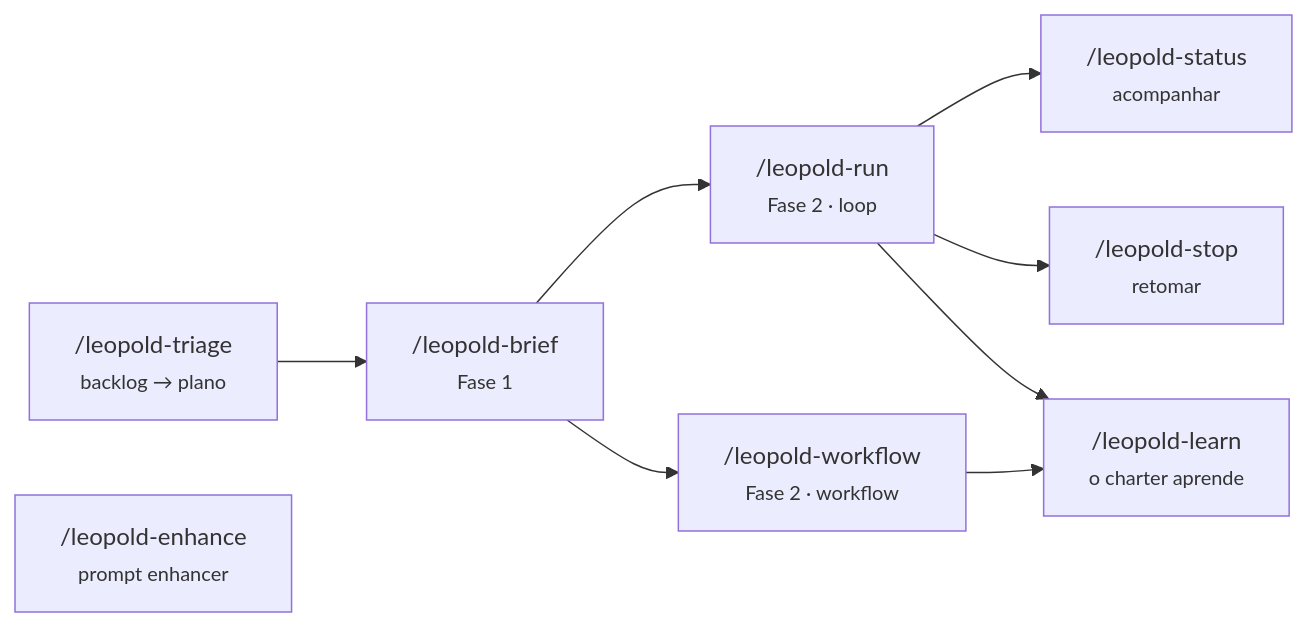
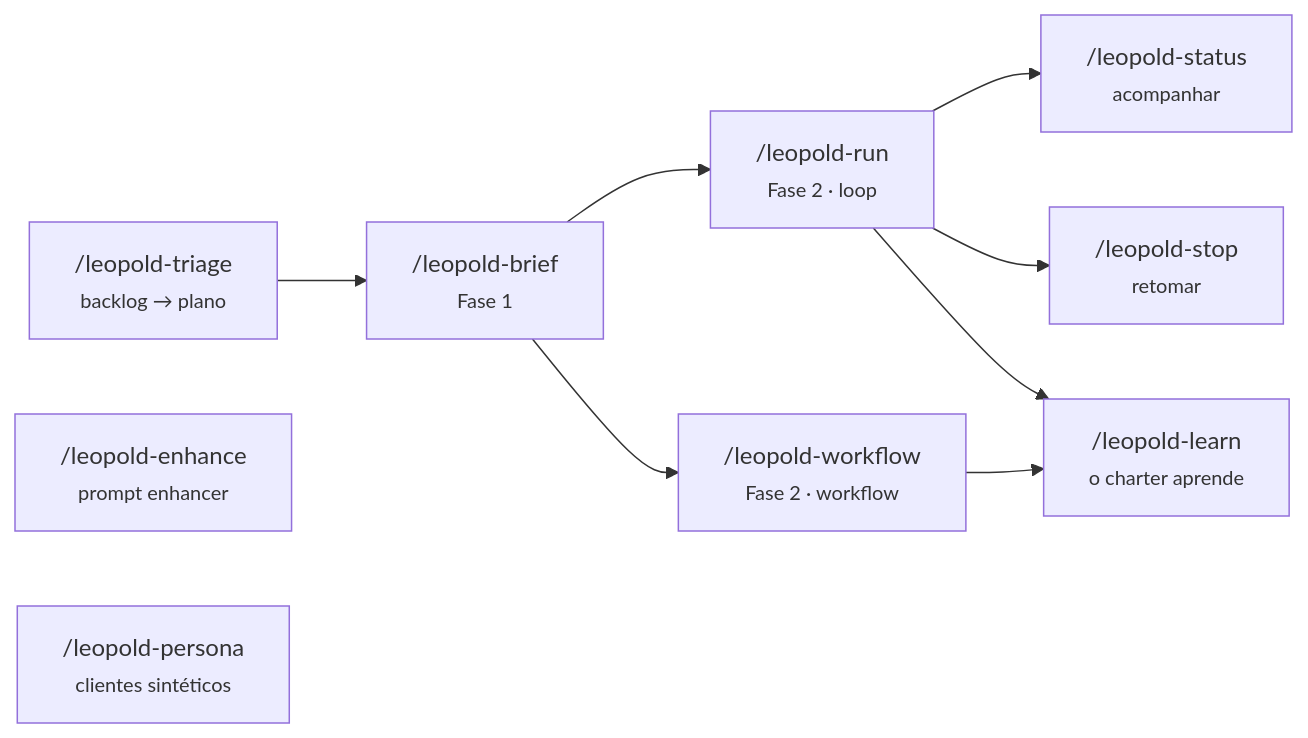
One commit to Jonhvmp/leopold changed the diagram in docs/reference/skills.pt-BR.md. Above: the diagram before and after it, drawn with Mermaid. The commit also changed other lines of this file and 20 other files, not shown here.

````diff
--- a/docs/reference/skills.pt-BR.md
+++ b/docs/reference/skills.pt-BR.md
@@ -7,11 +7,12 @@
 ```mermaid
 flowchart LR
     B["/leopold-brief<br/><small>Fase 1</small>"] --> R["/leopold-run<br/><small>Fase 2 · loop</small>"]
     B --> W["/leopold-workflow<br/><small>Fase 2 · workflow</small>"]
     R --> S["/leopold-status<br/><small>acompanhar</small>"]
     R --> X["/leopold-stop<br/><small>retomar</small>"]
     R --> L["/leopold-learn<br/><small>o charter aprende</small>"]
     W --> L
     T["/leopold-triage<br/><small>backlog → plano</small>"] --> B
     E["/leopold-enhance<br/><small>prompt enhancer</small>"]
+    P["/leopold-persona<br/><small>clientes sintéticos</small>"]
 ```
````
